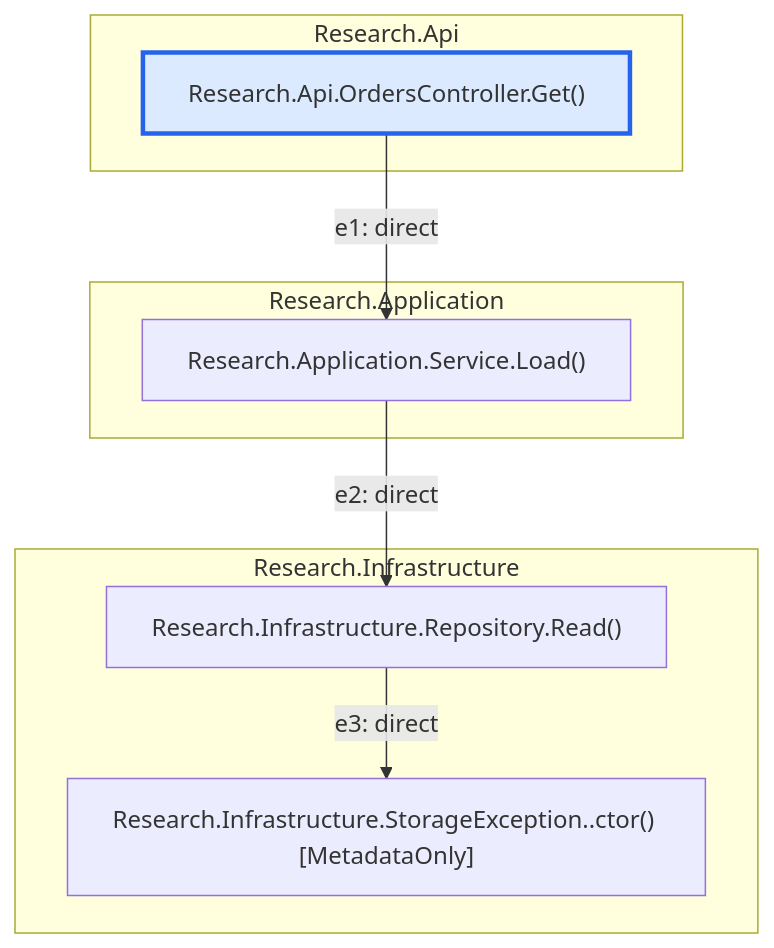
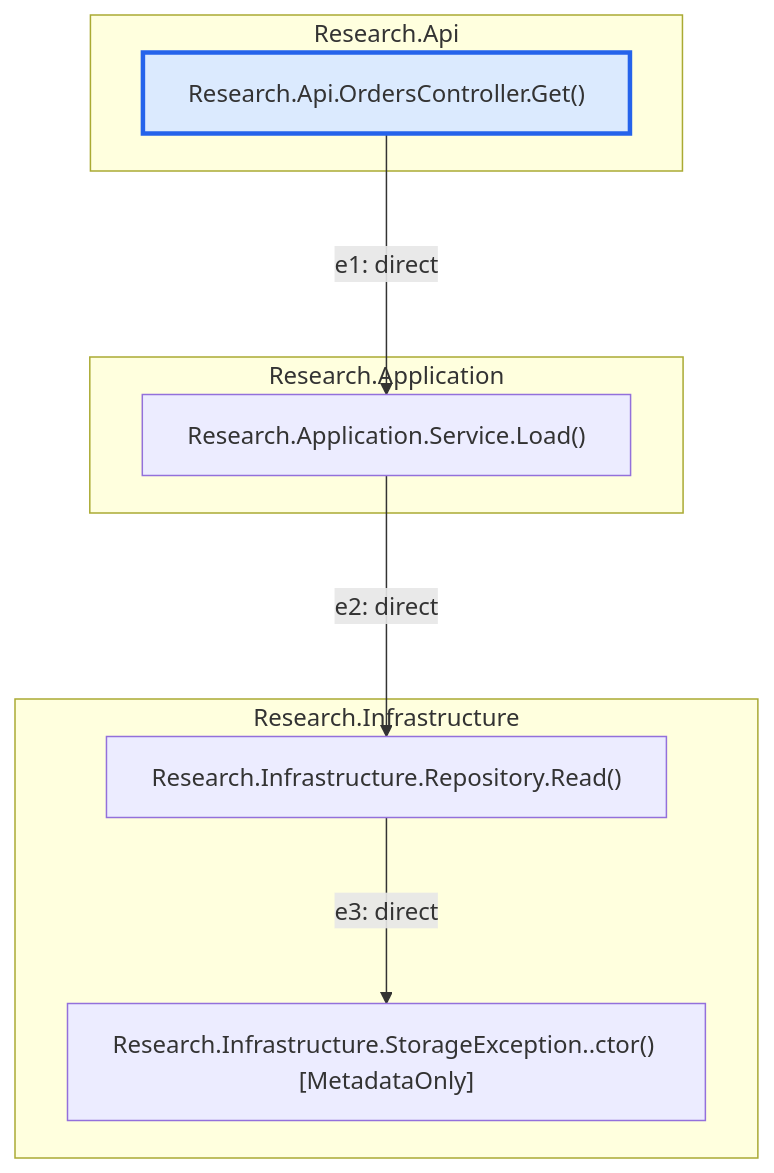
Before and after one commit to stadtaev/sharpview: the diagram in docs/samples/diagram.md, drawn with Mermaid. The commit also changed 6 other files, not shown here.

First line of the commit message:
Use Mermaid.NET.Flowcharts for diagram generation

````diff
--- a/docs/samples/diagram.md
+++ b/docs/samples/diagram.md
@@ -10,18 +10,21 @@
 ```mermaid
 flowchart TB
-  subgraph p0["Research.Api"]
+
+  subgraph p0 ["Research.Api"]
     n0["Research.Api.OrdersController.Get()"]
   end
-  subgraph p1["Research.Application"]
+  subgraph p1 ["Research.Application"]
     n1["Research.Application.Service.Load()"]
   end
-  subgraph p2["Research.Infrastructure"]
+  subgraph p2 ["Research.Infrastructure"]
     n2["Research.Infrastructure.Repository.Read()"]
-    n3["Research.Infrastructure.StorageException..ctor() #91;MetadataOnly#93;"]
+    n3["Research.Infrastructure.StorageException..ctor() [MetadataOnly]"]
   end
-  n0 -->|"e1: direct"| n1
-  n1 -->|"e2: direct"| n2
-  n2 -->|"e3: direct"| n3
+
+  n0 --->|"e1: direct"| n1
+  n1 --->|"e2: direct"| n2
+  n2 --->|"e3: direct"| n3
+
   classDef root fill:#dbeafe,stroke:#2563eb,stroke-width:3px
   class n0 root
 ```
````
